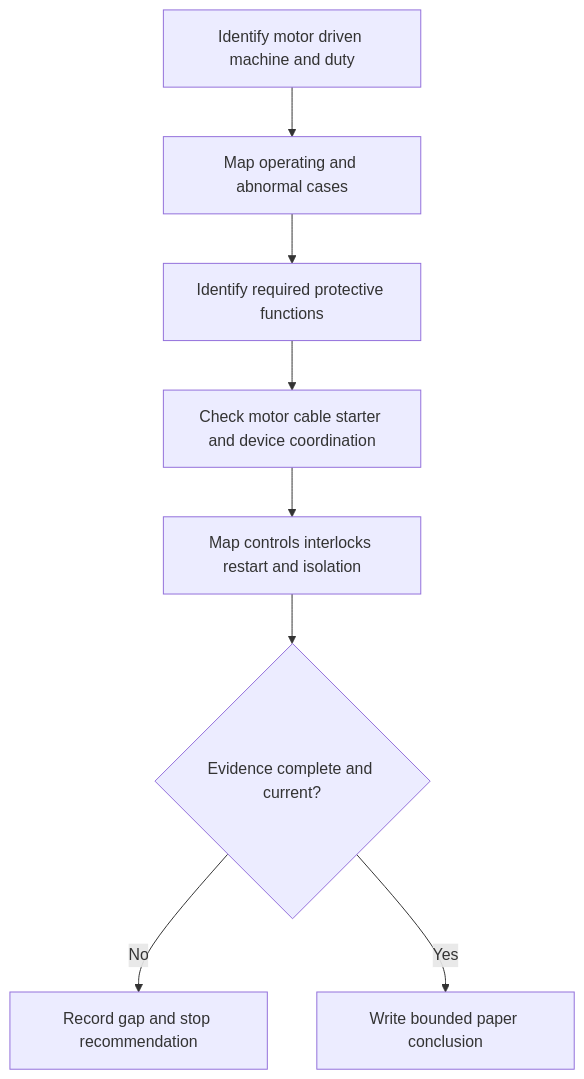
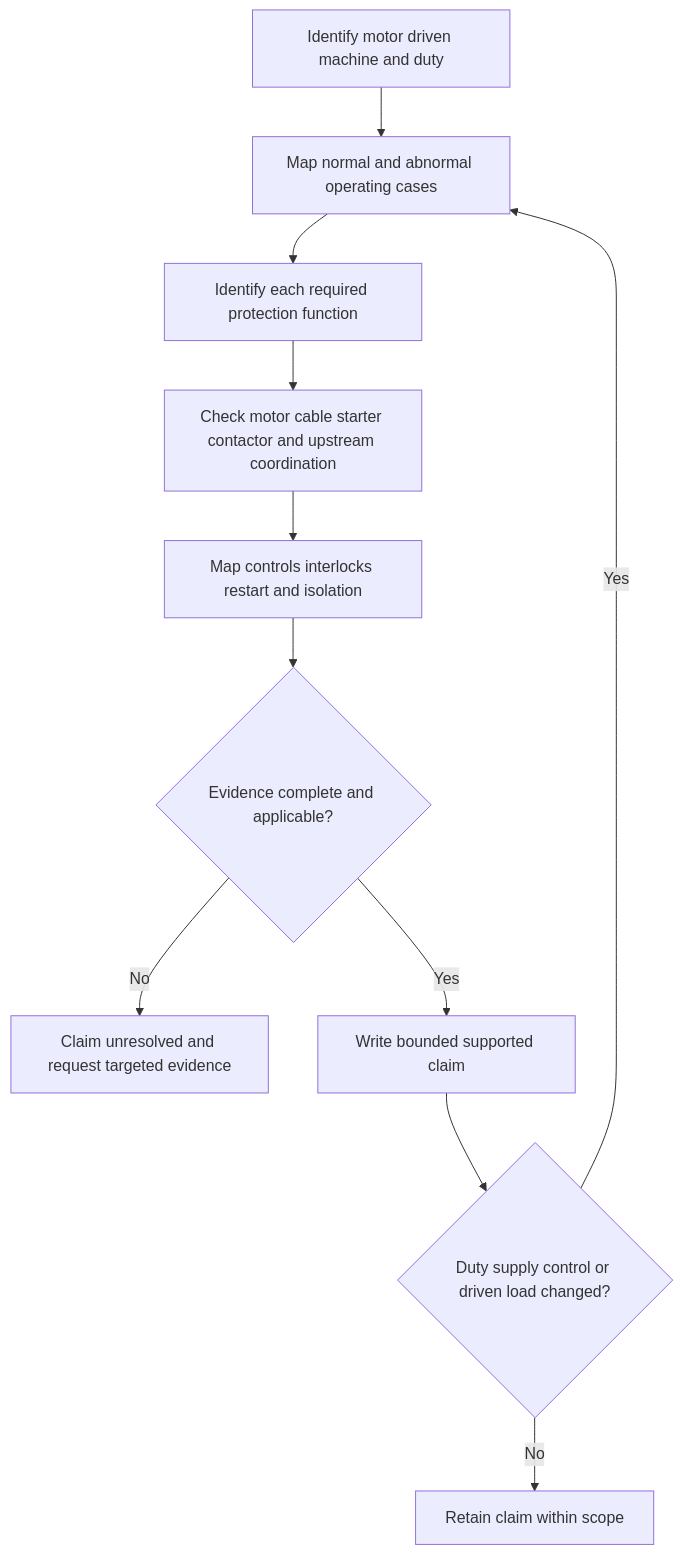
Before and after one commit to andrew3stedall/capstone: the first of 2 diagrams in docs/learning-plans/4-week/modules/day-20b-motors-and-associated-protection.md, drawn with Mermaid. The commit also changed other lines of this file, not shown here.

Commit message:
Complete Day 20B quality-improvement pass

````diff
--- a/docs/learning-plans/4-week/modules/day-20b-motors-and-associated-protection.md
+++ b/docs/learning-plans/4-week/modules/day-20b-motors-and-associated-protection.md
@@ -142,10 +128,13 @@
 ```mermaid
 flowchart TD
-    A["Identify motor driven machine and duty"] --> B["Map operating and abnormal cases"]
-    B --> C["Identify required protective functions"]
-    C --> D["Check motor cable starter and device coordination"]
-    D --> E["Map controls interlocks restart and isolation"]
-    E --> F{"Evidence complete and current?"}
-    F -- No --> G["Record gap and stop recommendation"]
-    F -- Yes --> H["Write bounded paper conclusion"]
+    A[Identify motor driven machine and duty] --> B[Map normal and abnormal operating cases]
+    B --> C[Identify each required protection function]
+    C --> D[Check motor cable starter contactor and upstream coordination]
+    D --> E[Map controls interlocks restart and isolation]
+    E --> F{Evidence complete and applicable?}
+    F -->|No| G[Claim unresolved and request targeted evidence]
+    F -->|Yes| H[Write bounded supported claim]
+    H --> I{Duty supply control or driven load changed?}
+    I -->|Yes| B
+    I -->|No| J[Retain claim within scope]
 ```
````
